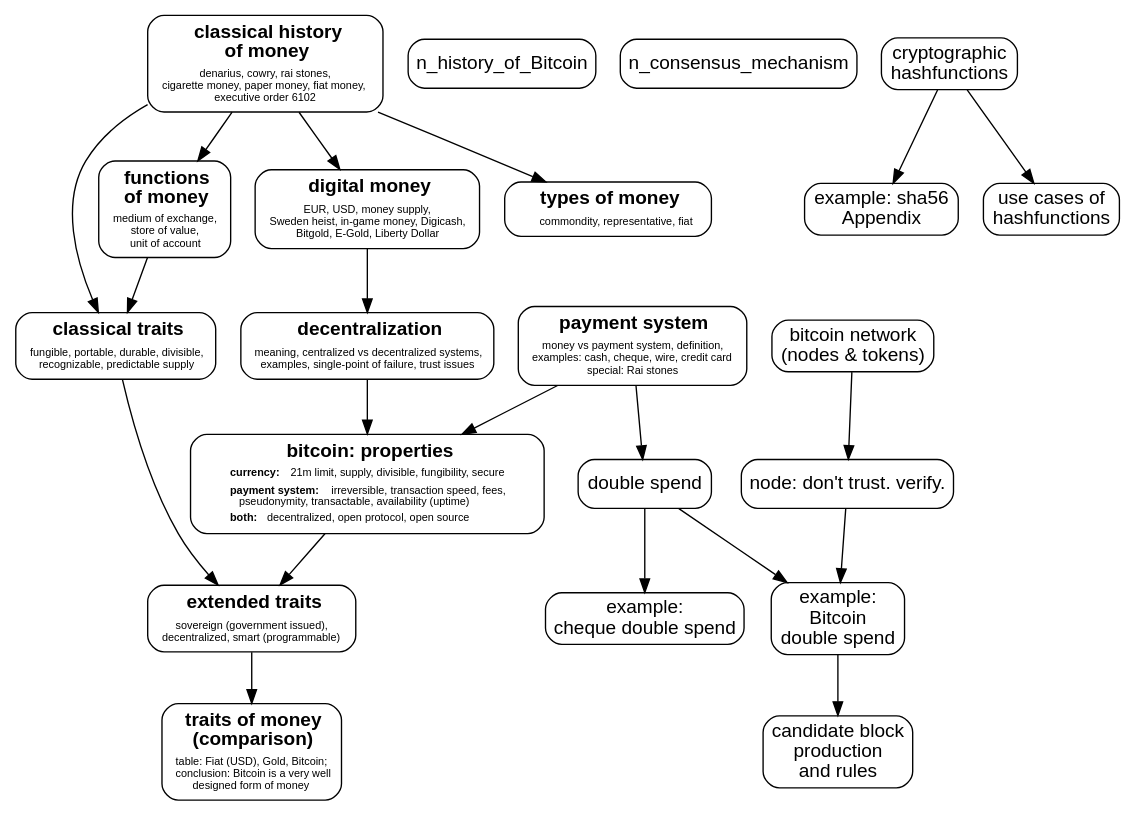
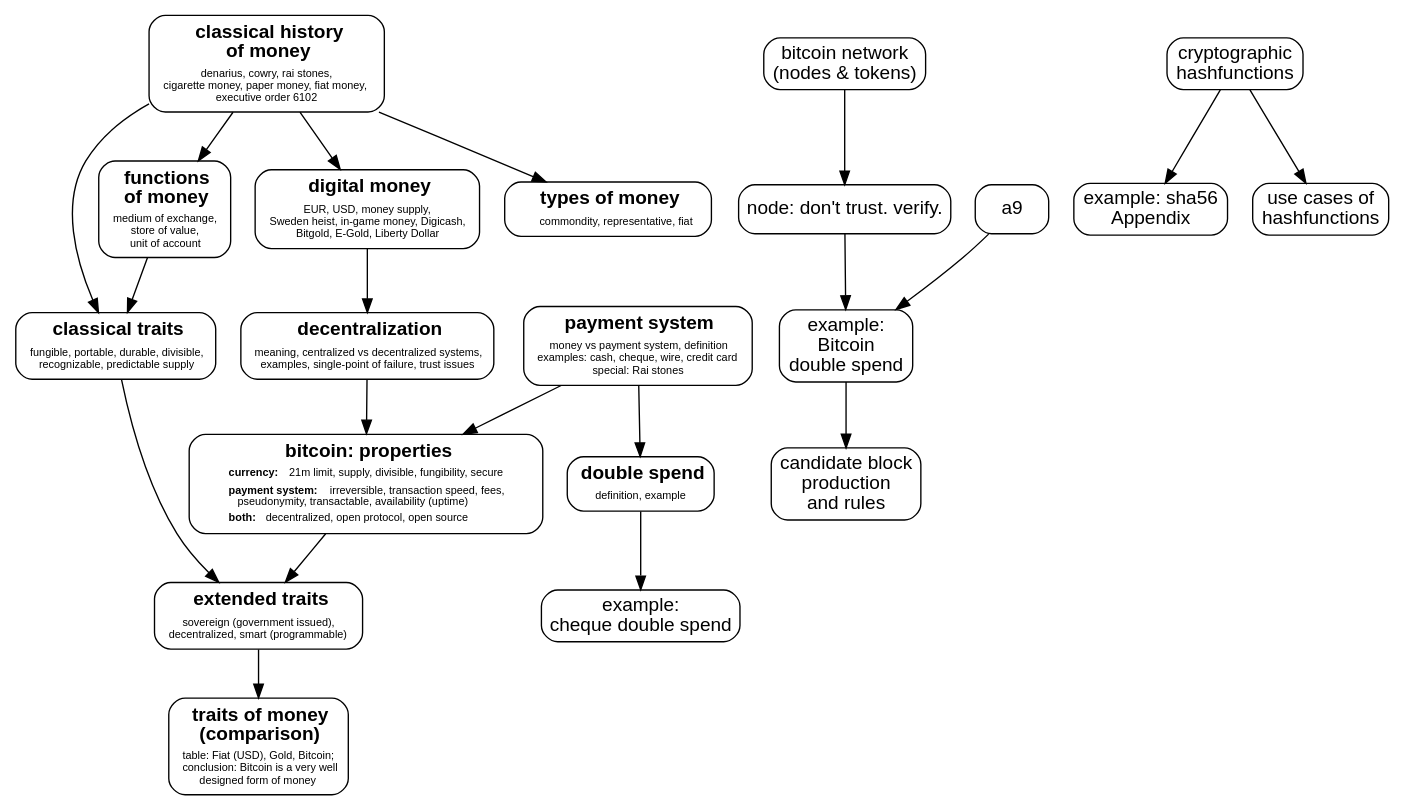
The diagram in book.gv (winterblues/topics_dependencies), drawn with Graphviz before and after one commit. The commit also changed 1 other file, not shown here.

Commit message:
+doube spend

```diff
--- a/book.gv
+++ b/book.gv
@@ -126,19 +126,27 @@
     <table border="0" cellborder="0" cellspacing="0">
         <tr><td align="center"><b>payment system</b></td></tr>
         <tr><td align="center"><font point-size="8">
-			money vs payment system, definition,<br/>
+			money vs payment system, definition<br/>
 			examples: cash, cheque, wire, credit card<br/>
 			special: Rai stones</font></td></tr>
     </table>>];
 	
 	
+	// -- Double Spend
+    n_doulbe_spend [ label=<
+    <table border="0" cellborder="0" cellspacing="0">
+        <tr><td align="center"><b>double spend</b></td></tr>
+        <tr><td align="center"><font point-size="8">
+			definition, example</font></td></tr>
+    </table>>];
 	
-	
+
 	
 	
     
-    n_history_of_Bitcoin
-	n_consensus_mechanism
+    #n_history_of_Bitcoin
+	#n_consensus_mechanism
+	#n_public_private_key
 	
     
     # FIXME:   (stuff that comes to my mind)
@@ -155,7 +163,7 @@
   
 
   
-  a9   [label="double spend"]
+  
   a10  [label="example:\ncheque double spend"]
   
   b1   [label="bitcoin network\n(nodes & tokens)"]
@@ -184,7 +192,7 @@
   n_money_traits_ext -> n_traits_comparison
   n_decentralization -> n_bitcoin_properties
   n_digital_money -> n_decentralization
-  n_payment_system -> a9 -> a10
+  n_payment_system -> n_doulbe_spend -> a10
   n_money_history -> n_digital_money
   
   n_payment_system -> n_bitcoin_properties
```
